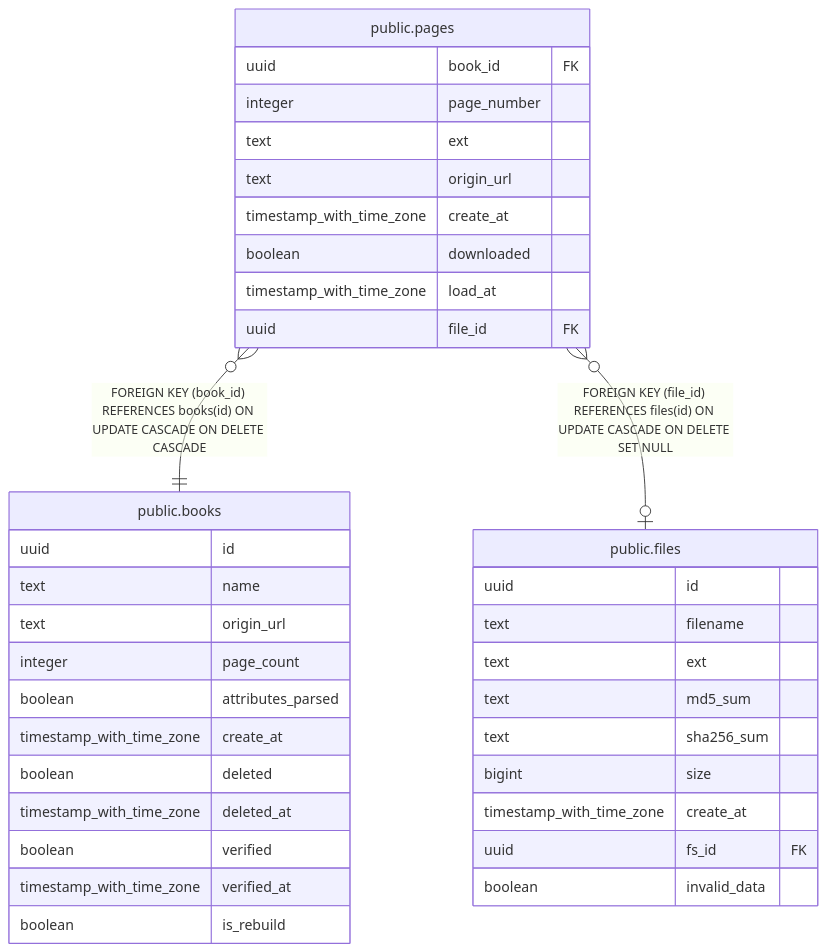
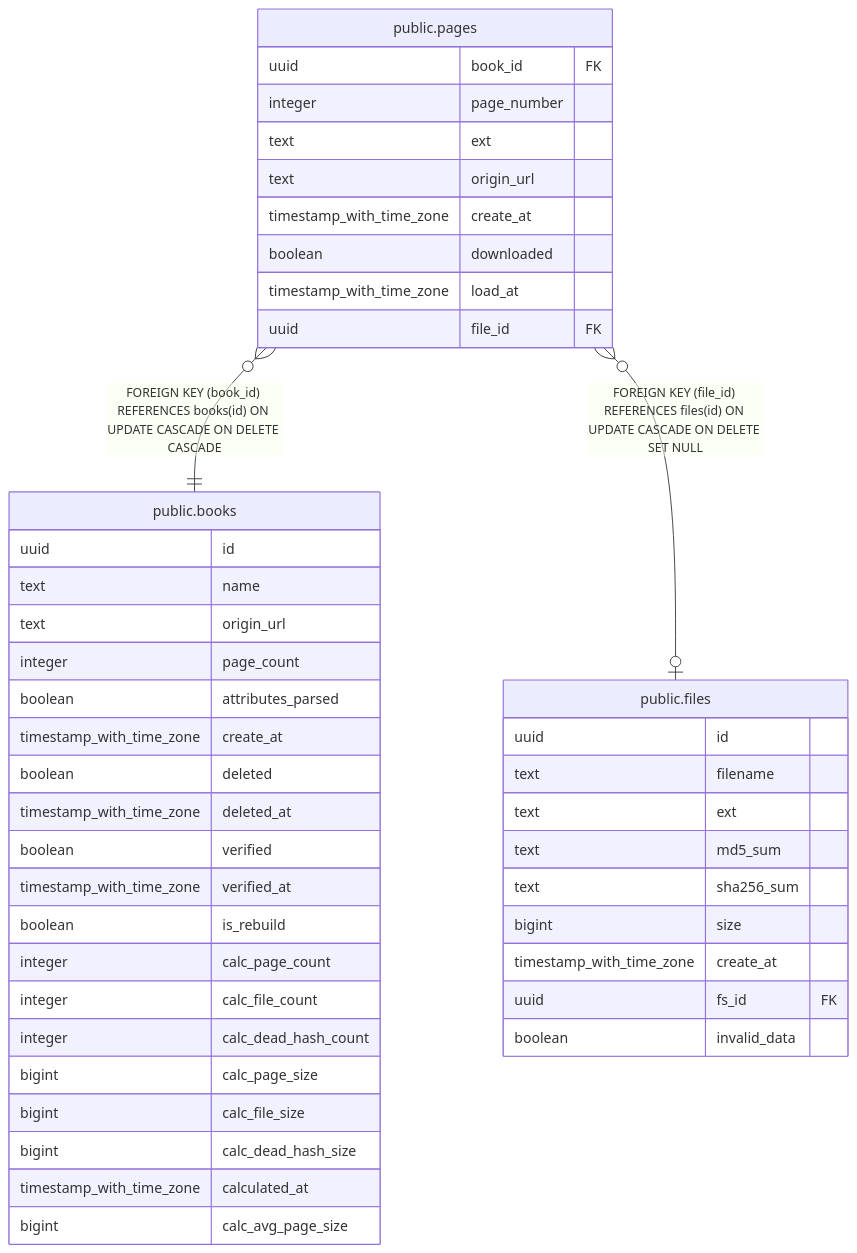
Before and after one commit to gbh007/hgraber-next: the diagram in docs/database/public.pages.md, drawn with Mermaid. The commit also changed 98 other files, not shown here.

````diff
--- a/docs/database/public.pages.md
+++ b/docs/database/public.pages.md
@@ -39,41 +39,49 @@
 ```mermaid
 erDiagram
 
 "public.pages" }o--|| "public.books" : "FOREIGN KEY (book_id) REFERENCES books(id) ON UPDATE CASCADE ON DELETE CASCADE"
 "public.pages" }o--o| "public.files" : "FOREIGN KEY (file_id) REFERENCES files(id) ON UPDATE CASCADE ON DELETE SET NULL"
 
 "public.pages" {
   uuid book_id FK
   integer page_number
   text ext
   text origin_url
   timestamp_with_time_zone create_at
   boolean downloaded
   timestamp_with_time_zone load_at
   uuid file_id FK
 }
 "public.books" {
   uuid id
   text name
   text origin_url
   integer page_count
   boolean attributes_parsed
   timestamp_with_time_zone create_at
   boolean deleted
   timestamp_with_time_zone deleted_at
   boolean verified
   timestamp_with_time_zone verified_at
   boolean is_rebuild
+  integer calc_page_count
+  integer calc_file_count
+  integer calc_dead_hash_count
+  bigint calc_page_size
+  bigint calc_file_size
+  bigint calc_dead_hash_size
+  timestamp_with_time_zone calculated_at
+  bigint calc_avg_page_size
 }
 "public.files" {
   uuid id
   text filename
   text ext
   text md5_sum
   text sha256_sum
   bigint size
   timestamp_with_time_zone create_at
   uuid fs_id FK
   boolean invalid_data
 }
 ```
````
